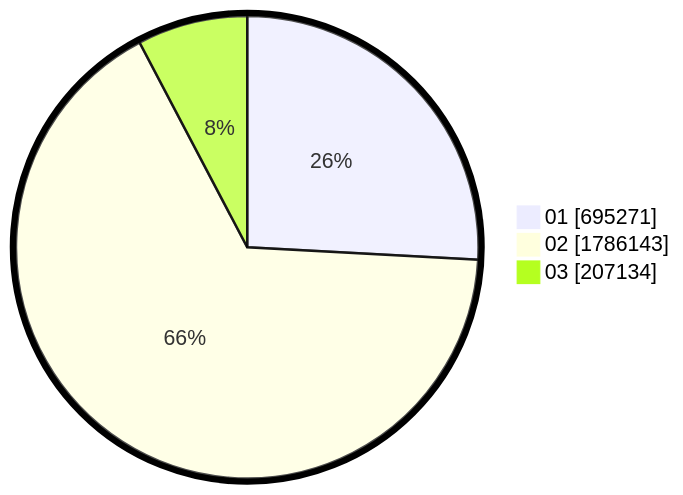
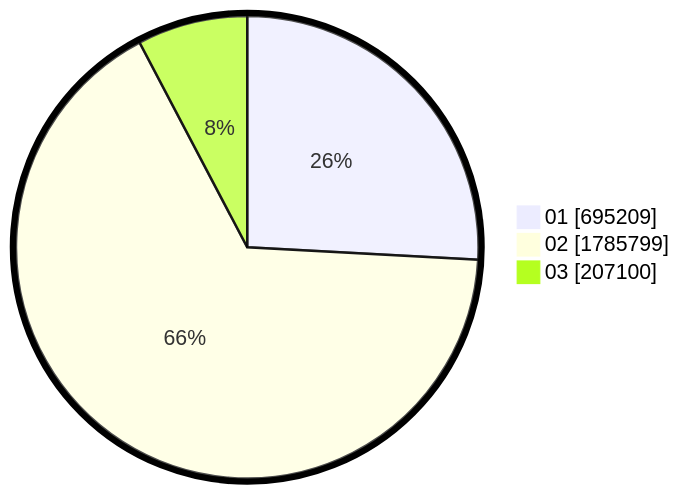
One commit to gigit-pemilu/pemilu-2024 changed the second of 2 diagrams in pilpres/hitung-suara/sub/table-wilayah-52.md. Above: the diagram before and after it, drawn with Mermaid. The commit also changed other lines of this file and 6 other files, not shown here.

````diff
--- a/pilpres/hitung-suara/sub/table-wilayah-52.md
+++ b/pilpres/hitung-suara/sub/table-wilayah-52.md
@@ -15,7 +15,7 @@
 ```mermaid
 %%{init: {"pie": {"textPosition": 0.5}, "themeVariables": {"pieOuterStrokeWidth": "5px"}} }%%
 pie showData
-    "01" : 695271
-    "02" : 1786143
-    "03" : 207134
+    "01" : 695209
+    "02" : 1785799
+    "03" : 207100
 ```
````
